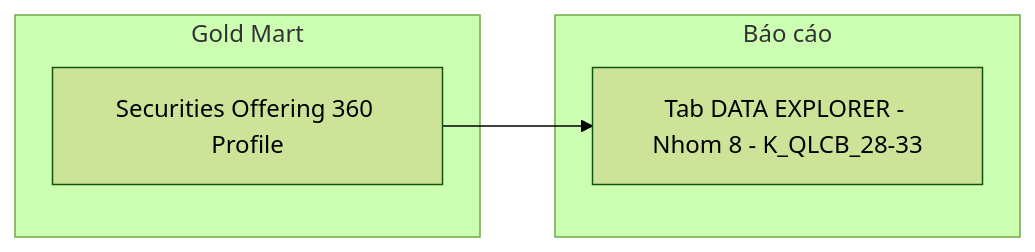
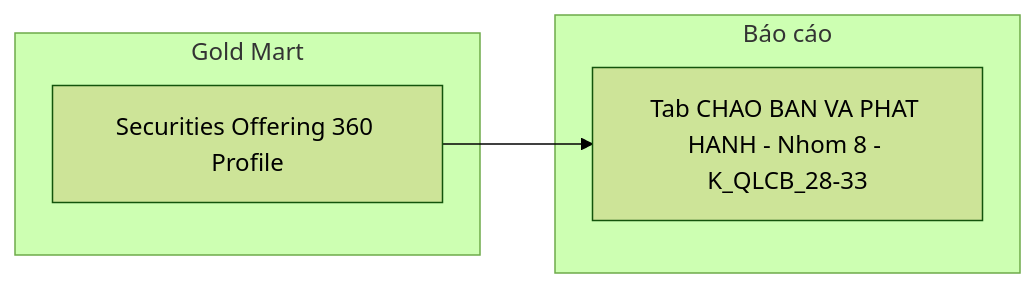
The tenth of 14 diagrams in Gold/hld/GOLD_QLCB_HLD.md (linhlvit/ubck_atomic_design), drawn with Mermaid (forest theme) before and after one commit. The commit also changed other lines of this file, not shown here.

Commit message:
update HLD QLCB

````diff
--- a/Gold/hld/GOLD_QLCB_HLD.md
+++ b/Gold/hld/GOLD_QLCB_HLD.md
@@ -707,10 +557,10 @@
 ```mermaid
 flowchart LR
     subgraph GOLD["Gold Mart"]
         G1["Securities Offering 360 Profile"]
     end
     subgraph RPT["Báo cáo"]
-        R8["Tab DATA EXPLORER - Nhom 8 - K_QLCB_28-33"]
+        R8["Tab CHAO BAN VA PHAT HANH - Nhom 8 - K_QLCB_28-33"]
     end
     G1 --> R8
 ```
````
